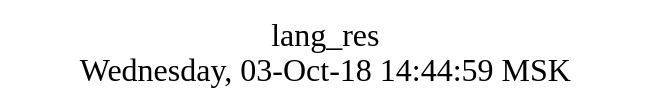
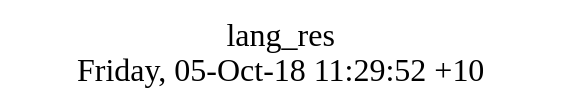
One commit to AplaProject/apps changed the diagram in src/lang_res/struct.dot. Above: the diagram before and after it, drawn with Graphviz. The commit also changed 4 other files, not shown here.

```diff
--- a/src/lang_res/struct.dot
+++ b/src/lang_res/struct.dot
@@ -1,10 +1,8 @@
 digraph G {
-graph [
-  fontsize="24";
-  label="lang_res\nWednesday, 03-Oct-18 14:44:59 MSK";
-  nojustify=true;
-  ordering=out;
-  rankdir=LR;
-  size="30";
-];
+fontsize="24";
+label="lang_res\nFriday, 05-Oct-18 11:29:52 +10";
+nojustify=true;
+ordering=out;
+rankdir=LR;
+size="30";
 }
```
